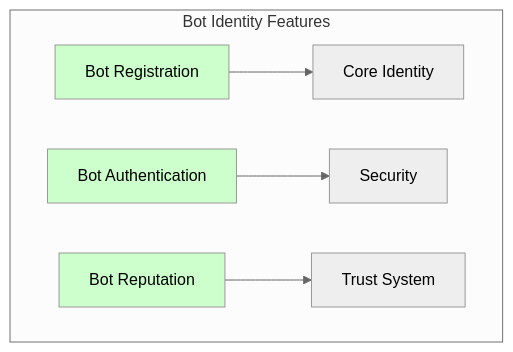
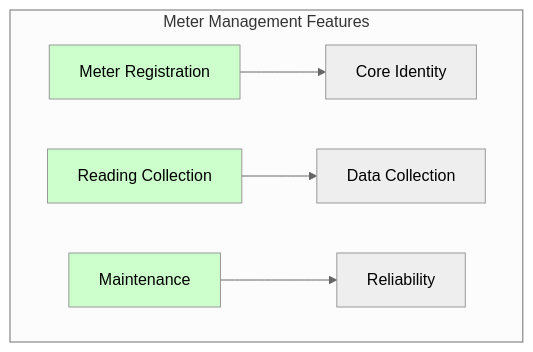
One commit to esimplicityinc/water-demo changed the second of 7 diagrams in docs/bdd/03-feature-index.md. Above: the diagram before and after it, drawn with Mermaid (neutral theme). The commit also changed other lines of this file and 6 other files, not shown here.

````diff
--- a/docs/bdd/03-feature-index.md
+++ b/docs/bdd/03-feature-index.md
@@ -53,12 +51,12 @@
 ```mermaid
 graph TD
-    subgraph "Bot Identity Features"
-        A[Bot Registration] --> B[Core Identity]
-        C[Bot Authentication] --> D[Security]
-        E[Bot Reputation] --> F[Trust System]
+    subgraph "Meter Management Features"
+        A[Meter Registration] --> B[Core Identity]
+        C[Reading Collection] --> D[Data Collection]
+        E[Maintenance] --> F[Reliability]
     end
 
     style A fill:#ccffcc
     style C fill:#ccffcc
     style E fill:#ccffcc
 ```
````
